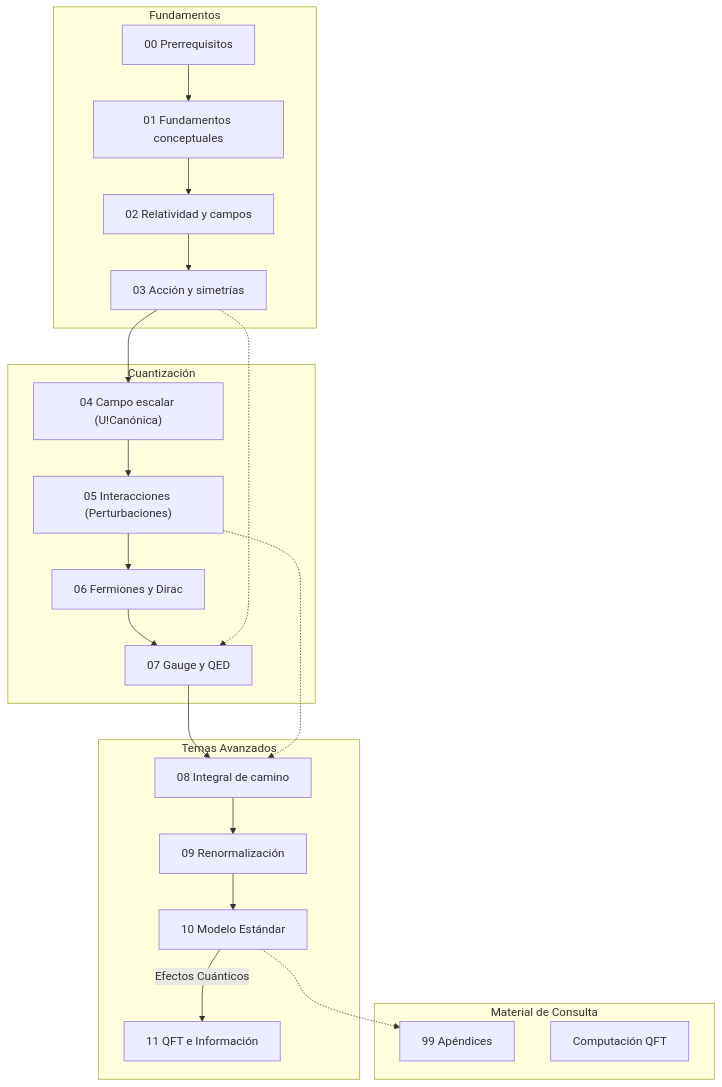
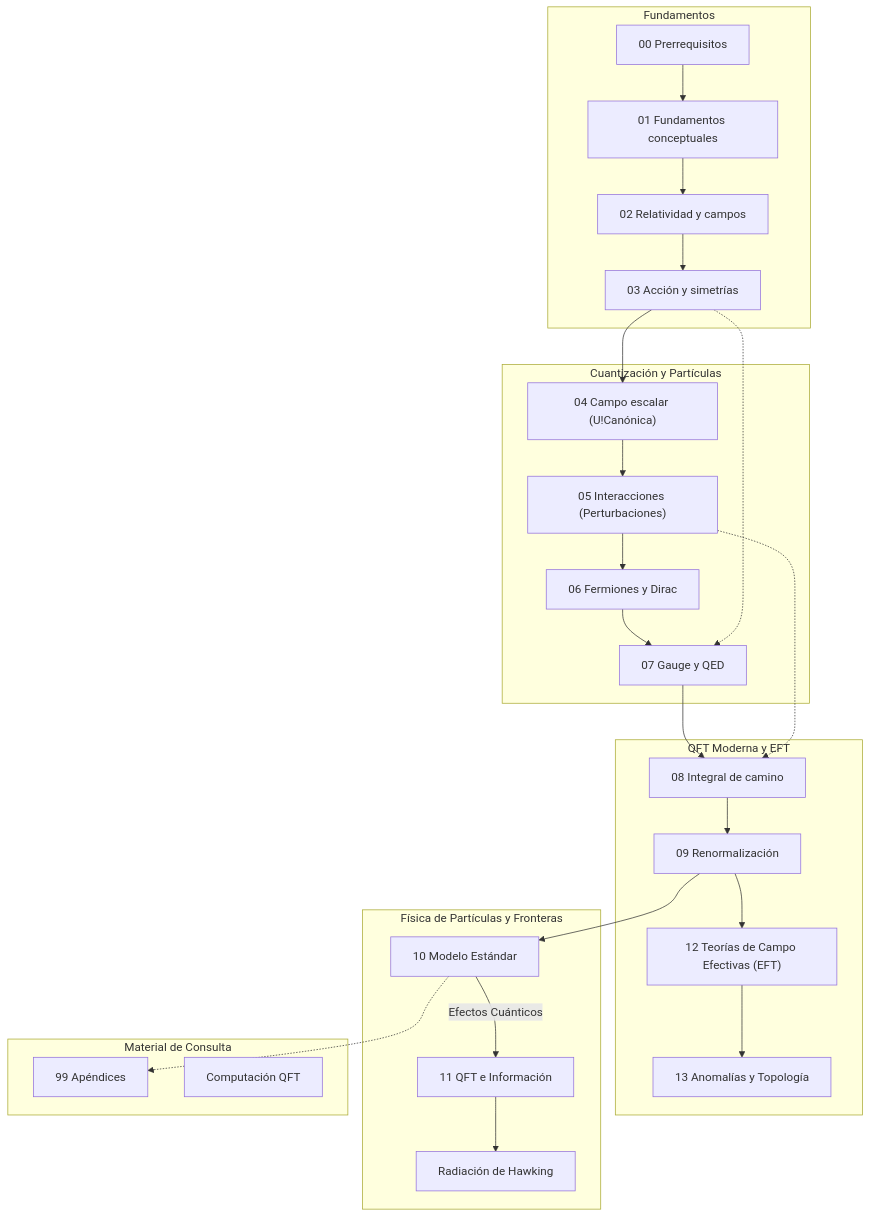
One commit to LegalIntermediaSL/QFT changed the first of 3 diagrams in Tutorial/README.md. Above: the diagram before and after it, drawn with Mermaid. The commit also changed other lines of this file and 13 other files, not shown here.

````diff
--- a/Tutorial/README.md
+++ b/Tutorial/README.md
@@ -12,31 +12,37 @@
 ```mermaid
 flowchart TD
     subgraph Fundamentos
         A["00 Prerrequisitos"] --> B["01 Fundamentos conceptuales"]
         B --> C["02 Relatividad y campos"]
         C --> D["03 Acción y simetrías"]
     end
 
-    subgraph Cuantizacion ["Cuantización"]
+    subgraph Cuantizacion ["Cuantización y Partículas"]
         D --> E["04 Campo escalar (U!Canónica)"]
         E --> F["05 Interacciones (Perturbaciones)"]
         F --> G["06 Fermiones y Dirac"]
         G --> H["07 Gauge y QED"]
     end
 
-    subgraph Avanzado ["Temas Avanzados"]
+    subgraph Moderno ["QFT Moderna y EFT"]
         H --> I["08 Integral de camino"]
         I --> J["09 Renormalización"]
+        J --> L["12 Teorías de Campo Efectivas (EFT)"]
+        L --> M["13 Anomalías y Topología"]
+    end
+
+    subgraph Frontera ["Física de Partículas y Fronteras"]
         J --> K["10 Modelo Estándar"]
-        K -- "Efectos Cuánticos" --> L["11 QFT e Información"]
+        K -- "Efectos Cuánticos" --> N["11 QFT e Información"]
+        N --> O["Radiación de Hawking"]
     end
 
     subgraph Apendices ["Material de Consulta"]
-        M["99 Apéndices"]
-        N["Computación QFT"]
+        P["99 Apéndices"]
+        Q["Computación QFT"]
     end
 
     D -.-> H
     F -.-> I
-    K -.-> M
+    K -.-> P
 ```
````
